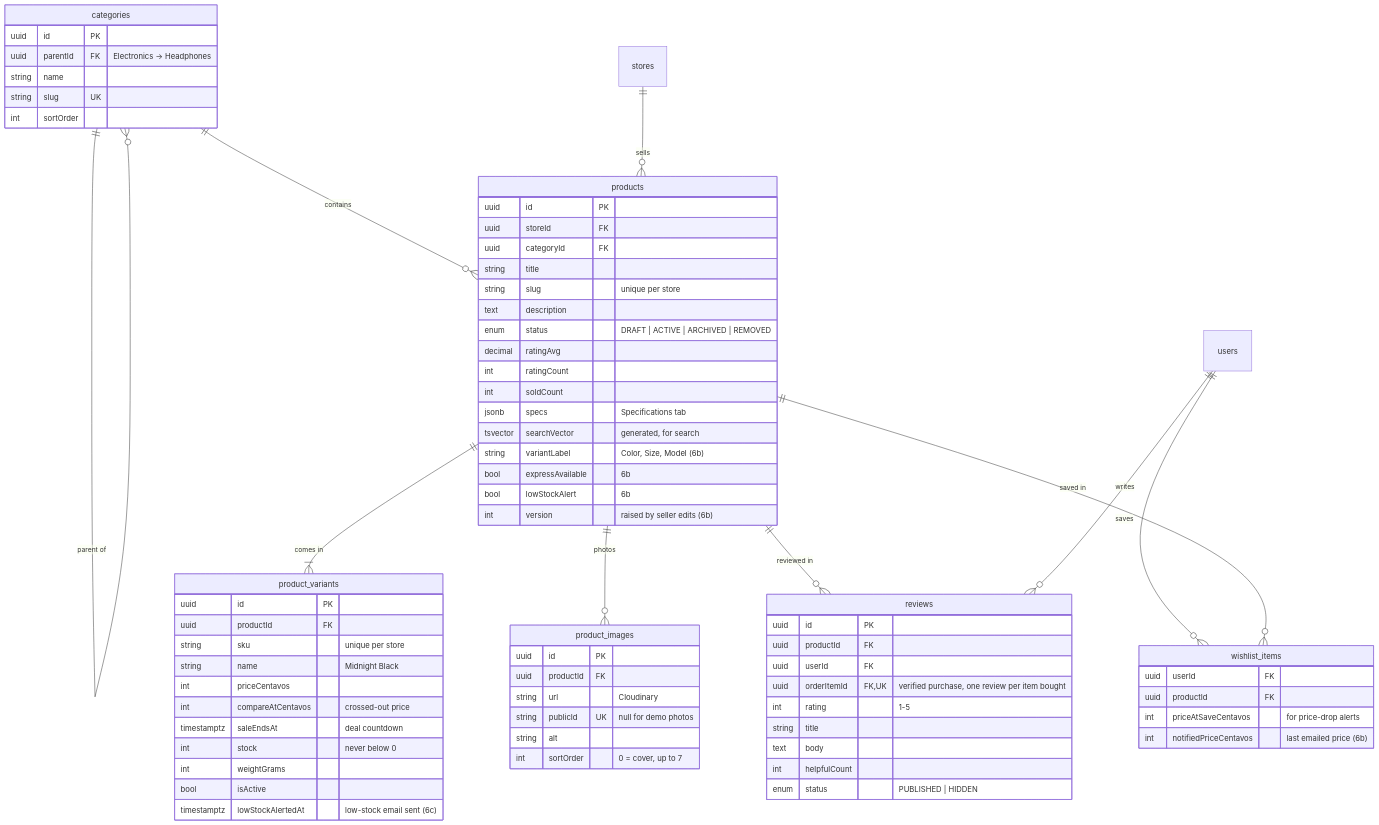
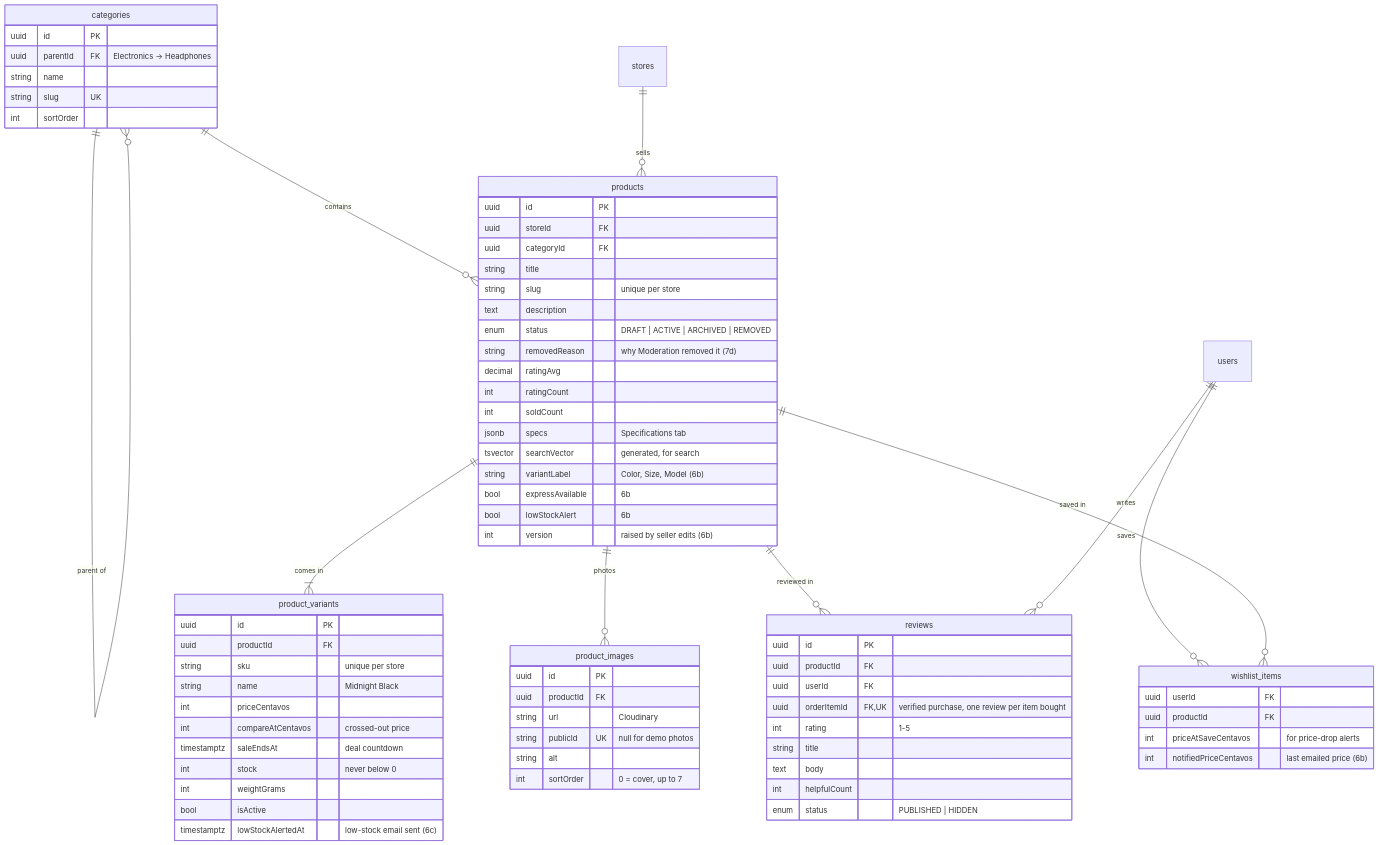
One commit to Justin-25/E-commerce-FullStack-project changed the third of 5 diagrams in backend/docs/database-design.md. Above: the diagram before and after it, drawn with Mermaid. The commit also changed other lines of this file and 19 other files, not shown here.

````diff
--- a/backend/docs/database-design.md
+++ b/backend/docs/database-design.md
@@ -189,75 +189,76 @@
 ```mermaid
 erDiagram
   categories ||--o{ categories : "parent of"
   categories ||--o{ products : "contains"
   stores ||--o{ products : "sells"
   products ||--|{ product_variants : "comes in"
   products ||--o{ product_images : "photos"
   products ||--o{ reviews : "reviewed in"
   users ||--o{ reviews : "writes"
   users ||--o{ wishlist_items : "saves"
   products ||--o{ wishlist_items : "saved in"
   categories {
     uuid id PK
     uuid parentId FK "Electronics → Headphones"
     string name
     string slug UK
     int sortOrder
   }
   products {
     uuid id PK
     uuid storeId FK
     uuid categoryId FK
     string title
     string slug "unique per store"
     text description
     enum status "DRAFT | ACTIVE | ARCHIVED | REMOVED"
+    string removedReason "why Moderation removed it (7d)"
     decimal ratingAvg
     int ratingCount
     int soldCount
     jsonb specs "Specifications tab"
     tsvector searchVector "generated, for search"
     string variantLabel "Color, Size, Model (6b)"
     bool expressAvailable "6b"
     bool lowStockAlert "6b"
     int version "raised by seller edits (6b)"
   }
   product_variants {
     uuid id PK
     uuid productId FK
     string sku "unique per store"
     string name "Midnight Black"
     int priceCentavos
     int compareAtCentavos "crossed-out price"
     timestamptz saleEndsAt "deal countdown"
     int stock "never below 0"
     int weightGrams
     bool isActive
     timestamptz lowStockAlertedAt "low-stock email sent (6c)"
   }
   product_images {
     uuid id PK
     uuid productId FK
     string url "Cloudinary"
     string publicId UK "null for demo photos"
     string alt
     int sortOrder "0 = cover, up to 7"
   }
   reviews {
     uuid id PK
     uuid productId FK
     uuid userId FK
     uuid orderItemId FK,UK "verified purchase, one review per item bought"
     int rating "1-5"
     string title
     text body
     int helpfulCount
     enum status "PUBLISHED | HIDDEN"
   }
   wishlist_items {
     uuid userId FK
     uuid productId FK
     int priceAtSaveCentavos "for price-drop alerts"
     int notifiedPriceCentavos "last emailed price (6b)"
   }
 ```
````
